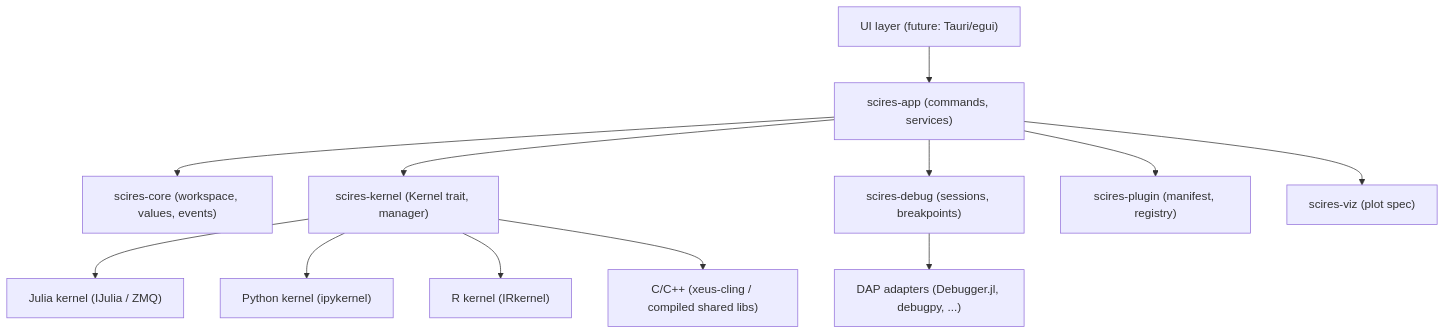
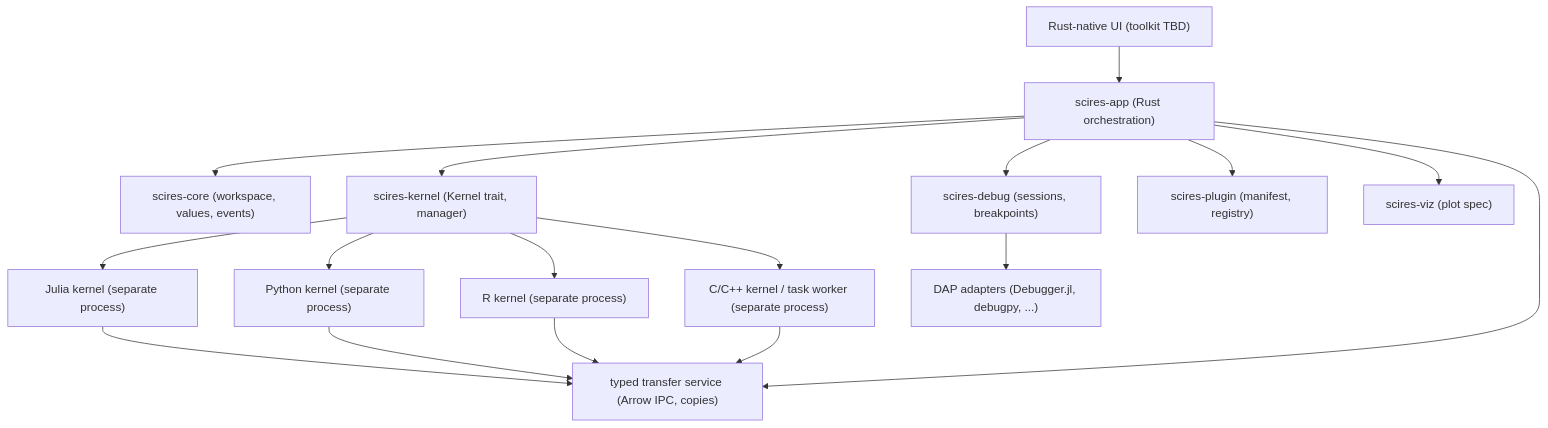
Before and after one commit to Augusto-Dantas/Scires: the first of 2 diagrams in docs/ARCHITECTURE.md, drawn with Mermaid. The commit also changed other lines of this file and 7 other files, not shown here.

First line of the commit message:
docs: define polyglot execution architecture

````diff
--- a/docs/ARCHITECTURE.md
+++ b/docs/ARCHITECTURE.md
@@ -17,14 +21,19 @@
 ```mermaid
 flowchart TD
-    UI["UI layer (future: Tauri/egui)"] --> APP["scires-app (commands, services)"]
+    UI["Rust-native UI (toolkit TBD)"] --> APP["scires-app (Rust orchestration)"]
     APP --> CORE["scires-core (workspace, values, events)"]
     APP --> KER["scires-kernel (Kernel trait, manager)"]
     APP --> DBG["scires-debug (sessions, breakpoints)"]
     APP --> PLG["scires-plugin (manifest, registry)"]
     APP --> VIZ["scires-viz (plot spec)"]
-    KER --> JL["Julia kernel (IJulia / ZMQ)"]
-    KER --> PY["Python kernel (ipykernel)"]
-    KER --> R["R kernel (IRkernel)"]
-    KER --> CC["C/C++ (xeus-cling / compiled shared libs)"]
+    APP --> XFER["typed transfer service (Arrow IPC, copies)"]
+    KER --> JL["Julia kernel (separate process)"]
+    KER --> PY["Python kernel (separate process)"]
+    KER --> R["R kernel (separate process)"]
+    KER --> CC["C/C++ kernel / task worker (separate process)"]
+    JL --> XFER
+    PY --> XFER
+    R --> XFER
+    CC --> XFER
     DBG --> DAP["DAP adapters (Debugger.jl, debugpy, ...)"]
 ```
````
